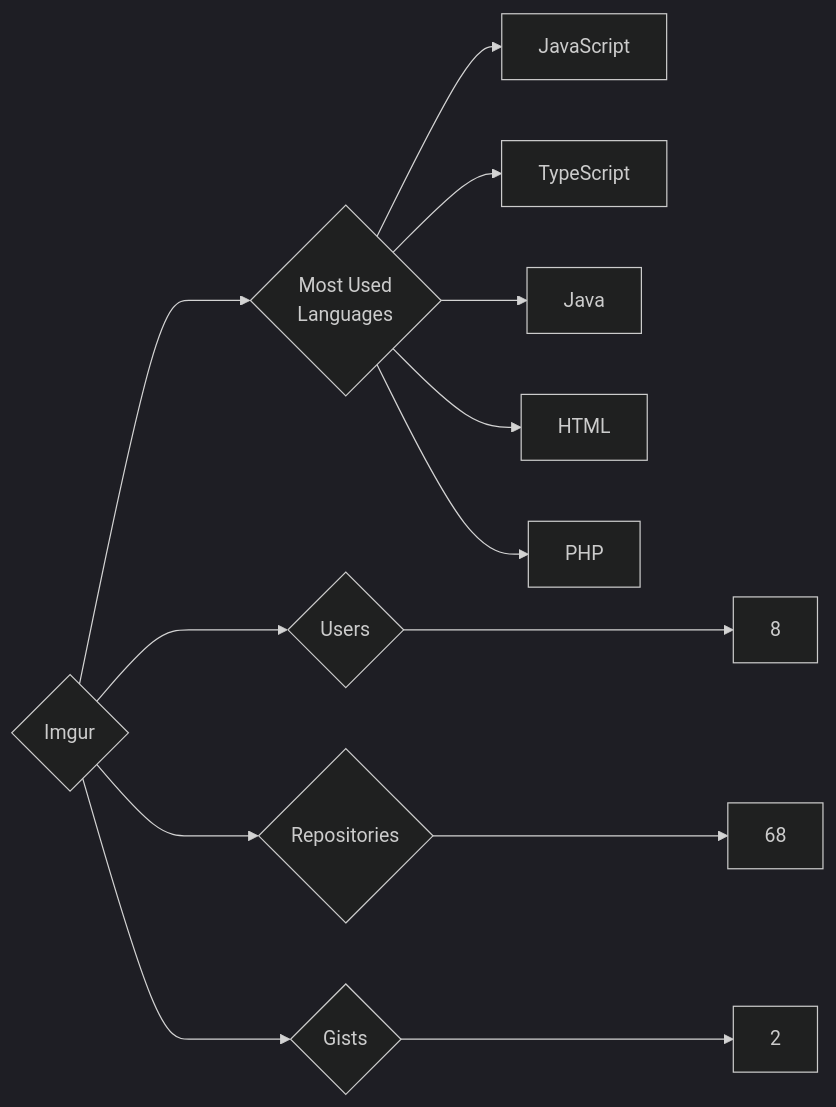
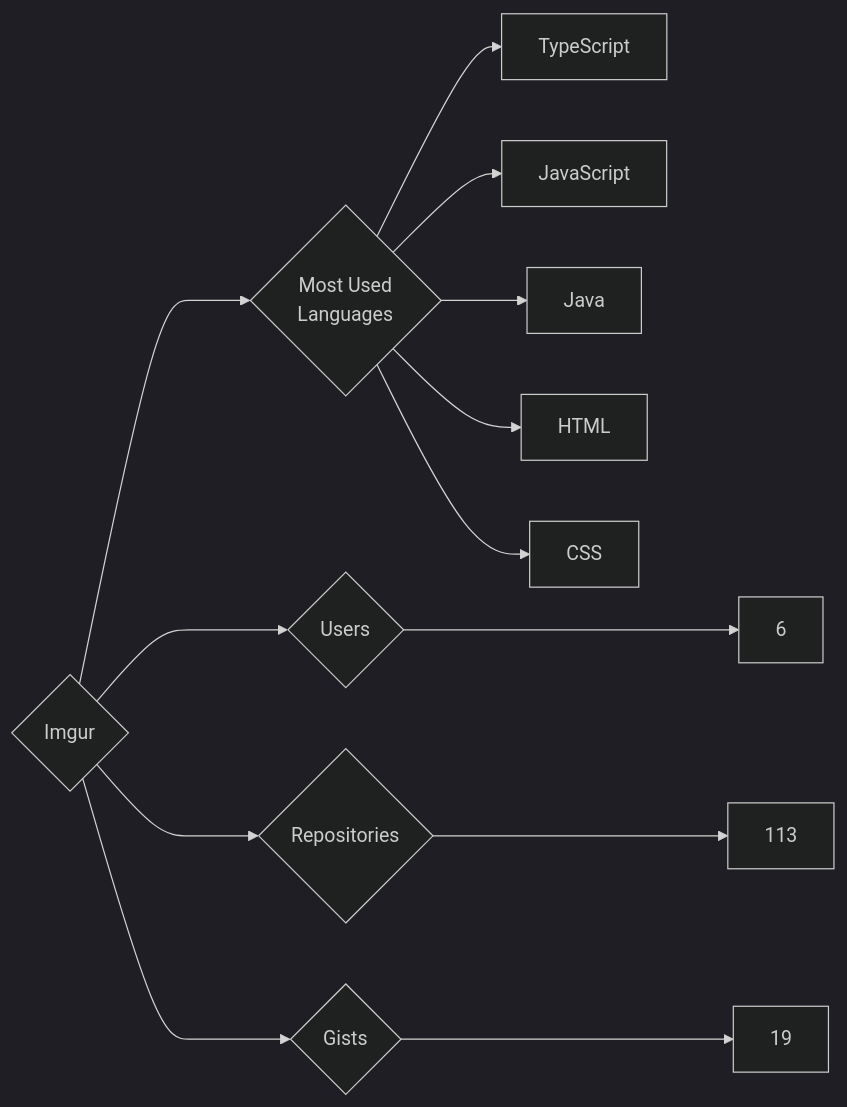
One commit to trickest/insiders changed the diagram in targets/Imgur/README.md. Above: the diagram before and after it, drawn with Mermaid (dark theme). The commit also changed 1088 other files, not shown here.

````diff
--- a/targets/Imgur/README.md
+++ b/targets/Imgur/README.md
@@ -3,13 +3,13 @@
 ```mermaid
 graph LR
 COMPANY_NAME{Imgur}
-COMPANY_NAME ---> U{Users} ---> UN[8]
-COMPANY_NAME ---> R{Repositories} ---> RN[68]
-COMPANY_NAME ---> G{Gists} ---> GN[2]
+COMPANY_NAME ---> U{Users} ---> UN[6]
+COMPANY_NAME ---> R{Repositories} ---> RN[113]
+COMPANY_NAME ---> G{Gists} ---> GN[19]
 COMPANY_NAME ---> ML{Most Used<br>Languages}
+ML --> TypeScript[TypeScript]
 ML --> JavaScript[JavaScript]
-ML --> TypeScript[TypeScript]
 ML --> Java[Java]
 ML --> HTML[HTML]
-ML --> PHP[PHP]
+ML --> CSS[CSS]
 ```
````
